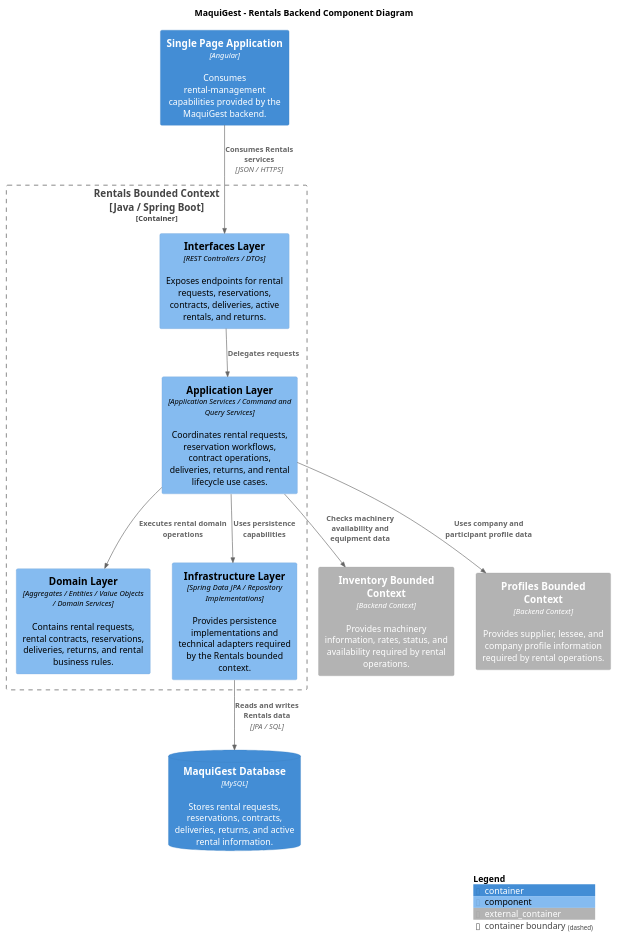
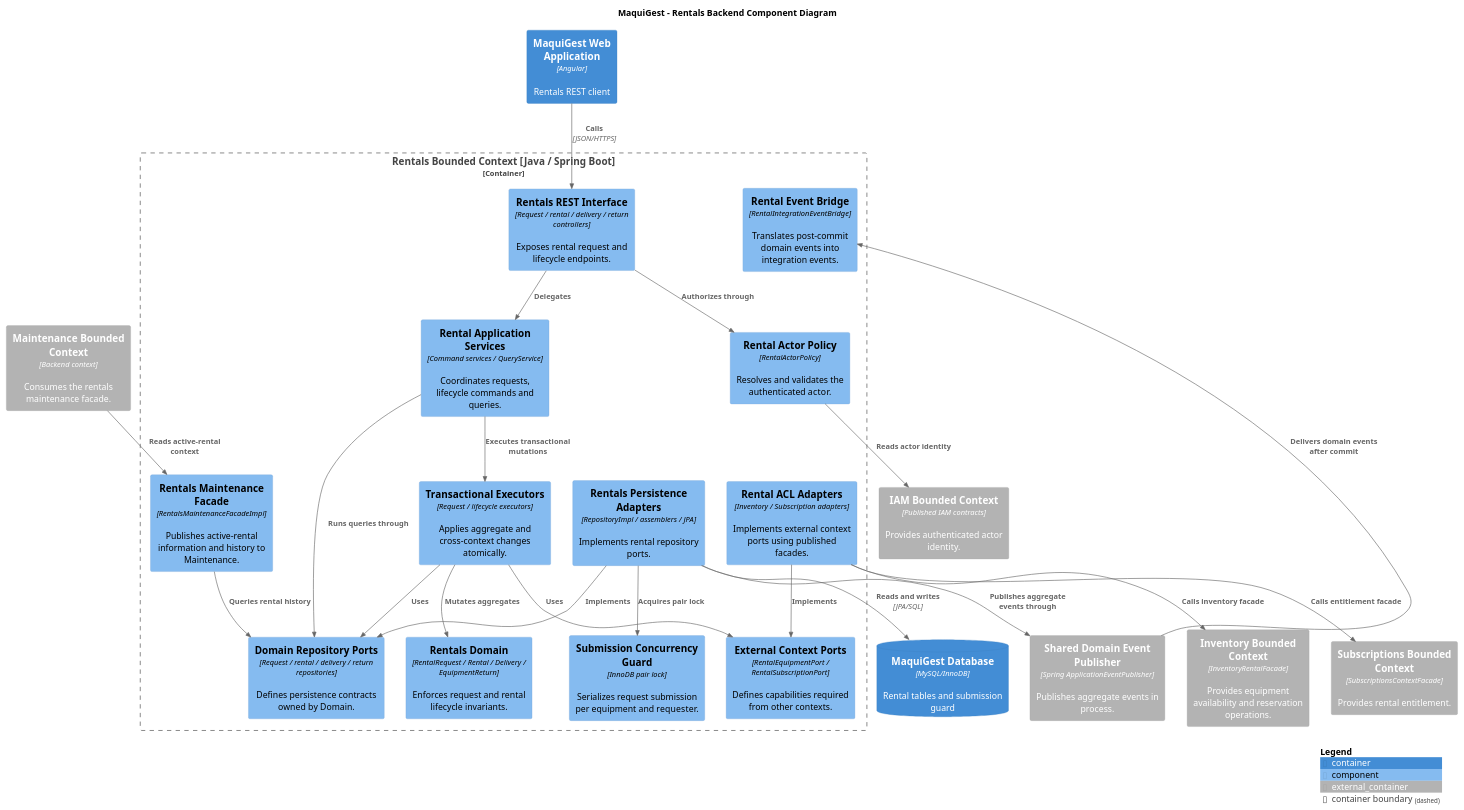
The diagram in assets/plantuml/chapter-4/c4/component/backend/maquigest-backend-rentals-component-diagram.puml (upc-pre-202620-1asi0729-7750-cleancode/maquigest-report), drawn with PlantUML before and after one commit. The commit also changed 13 other files, not shown here.

Commit message:
fix(docs): update backend component diagrams assets

```diff
--- a/assets/plantuml/chapter-4/c4/component/backend/maquigest-backend-rentals-component-diagram.puml
+++ b/assets/plantuml/chapter-4/c4/component/backend/maquigest-backend-rentals-component-diagram.puml
@@ -1,40 +1,45 @@
 @startuml
-
-!include https://raw.githubusercontent.com/plantuml-stdlib/C4-PlantUML/master/C4_Component.puml
-
+!include _includes/C4_Component.puml
 title MaquiGest - Rentals Backend Component Diagram
-
-Container(spa, "Single Page Application", "Angular", "Consumes rental-management capabilities provided by the MaquiGest backend.")
-
-Container_Boundary(rentalsContext, "Rentals Bounded Context\n[Java / Spring Boot]") {
-
-    Component(interfacesLayer, "Interfaces Layer", "REST Controllers / DTOs", "Exposes endpoints for rental requests, reservations, contracts, deliveries, active rentals, and returns.")
-
-    Component(applicationLayer, "Application Layer", "Application Services / Command and Query Services", "Coordinates rental requests, reservation workflows, contract operations, deliveries, returns, and rental lifecycle use cases.")
-
-    Component(domainLayer, "Domain Layer", "Aggregates / Entities / Value Objects / Domain Services", "Contains rental requests, rental contracts, reservations, deliveries, returns, and rental business rules.")
-
-    Component(infrastructureLayer, "Infrastructure Layer", "Spring Data JPA / Repository Implementations", "Provides persistence implementations and technical adapters required by the Rentals bounded context.")
+Container(spa, "MaquiGest Web Application", "Angular", "Rentals REST client")
+Container_Ext(iam, "IAM Bounded Context", "Published IAM contracts", "Provides authenticated actor identity.")
+Container_Ext(inventory, "Inventory Bounded Context", "InventoryRentalFacade", "Provides equipment availability and reservation operations.")
+Container_Ext(subscriptions, "Subscriptions Bounded Context", "SubscriptionsContextFacade", "Provides rental entitlement.")
+Container_Ext(maintenance, "Maintenance Bounded Context", "Backend context", "Consumes the rentals maintenance facade.")
+Container_Ext(shared, "Shared Domain Event Publisher", "Spring ApplicationEventPublisher", "Publishes aggregate events in process.")
+Container_Boundary(rentals, "Rentals Bounded Context [Java / Spring Boot]") {
+ Component(rest, "Rentals REST Interface", "Request / rental / delivery / return controllers", "Exposes rental request and lifecycle endpoints.")
+ Component(policy, "Rental Actor Policy", "RentalActorPolicy", "Resolves and validates the authenticated actor.")
+ Component(app, "Rental Application Services", "Command services / QueryService", "Coordinates requests, lifecycle commands and queries.")
+ Component(executors, "Transactional Executors", "Request / lifecycle executors", "Applies aggregate and cross-context changes atomically.")
+ Component(domain, "Rentals Domain", "RentalRequest / Rental / Delivery / EquipmentReturn", "Enforces request and rental lifecycle invariants.")
+ Component(repoPorts, "Domain Repository Ports", "Request / rental / delivery / return repositories", "Defines persistence contracts owned by Domain.")
+ Component(externalPorts, "External Context Ports", "RentalEquipmentPort / RentalSubscriptionPort", "Defines capabilities required from other contexts.")
+ Component(aclAdapters, "Rental ACL Adapters", "Inventory / Subscription adapters", "Implements external context ports using published facades.")
+ Component(maintenanceFacade, "Rentals Maintenance Facade", "RentalsMaintenanceFacadeImpl", "Publishes active-rental information and history to Maintenance.")
+ Component(persistence, "Rentals Persistence Adapters", "RepositoryImpl / assemblers / JPA", "Implements rental repository ports.")
+ Component(guard, "Submission Concurrency Guard", "InnoDB pair lock", "Serializes request submission per equipment and requester.")
+ Component(eventBridge, "Rental Event Bridge", "RentalIntegrationEventBridge", "Translates post-commit domain events into integration events.")
 }
-
-Container_Ext(inventoryContext, "Inventory Bounded Context", "Backend Context", "Provides machinery information, rates, status, and availability required by rental operations.")
-
-Container_Ext(profilesContext, "Profiles Bounded Context", "Backend Context", "Provides supplier, lessee, and company profile information required by rental operations.")
-
-ContainerDb(database, "MaquiGest Database", "MySQL", "Stores rental requests, reservations, contracts, deliveries, returns, and active rental information.")
-
-Rel(spa, interfacesLayer, "Consumes Rentals services", "JSON / HTTPS")
-
-Rel(interfacesLayer, applicationLayer, "Delegates requests")
-
-Rel(applicationLayer, domainLayer, "Executes rental domain operations")
-Rel(applicationLayer, infrastructureLayer, "Uses persistence capabilities")
-
-Rel(applicationLayer, inventoryContext, "Checks machinery availability and equipment data")
-Rel(applicationLayer, profilesContext, "Uses company and participant profile data")
-
-Rel(infrastructureLayer, database, "Reads and writes Rentals data", "JPA / SQL")
-
+ContainerDb(db, "MaquiGest Database", "MySQL/InnoDB", "Rental tables and submission guard")
+Rel(spa, rest, "Calls", "JSON/HTTPS")
+Rel(rest, policy, "Authorizes through")
+Rel(policy, iam, "Reads actor identity")
+Rel(rest, app, "Delegates")
+Rel(app, executors, "Executes transactional mutations")
+Rel(app, repoPorts, "Runs queries through")
+Rel(executors, domain, "Mutates aggregates")
+Rel(executors, repoPorts, "Uses")
+Rel(executors, externalPorts, "Uses")
+Rel(aclAdapters, externalPorts, "Implements")
+Rel(aclAdapters, inventory, "Calls inventory facade")
+Rel(aclAdapters, subscriptions, "Calls entitlement facade")
+Rel(maintenance, maintenanceFacade, "Reads active-rental context")
+Rel(maintenanceFacade, repoPorts, "Queries rental history")
+Rel(persistence, repoPorts, "Implements")
+Rel(persistence, guard, "Acquires pair lock")
+Rel(persistence, db, "Reads and writes", "JPA/SQL")
+Rel(persistence, shared, "Publishes aggregate events through")
+Rel(shared, eventBridge, "Delivers domain events after commit")
 SHOW_LEGEND()
-
 @enduml
```
